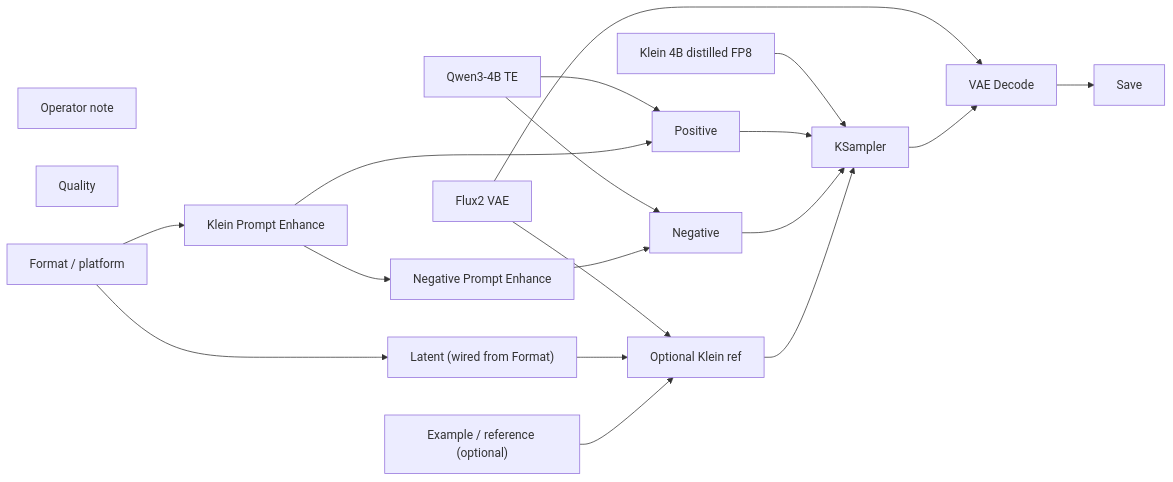
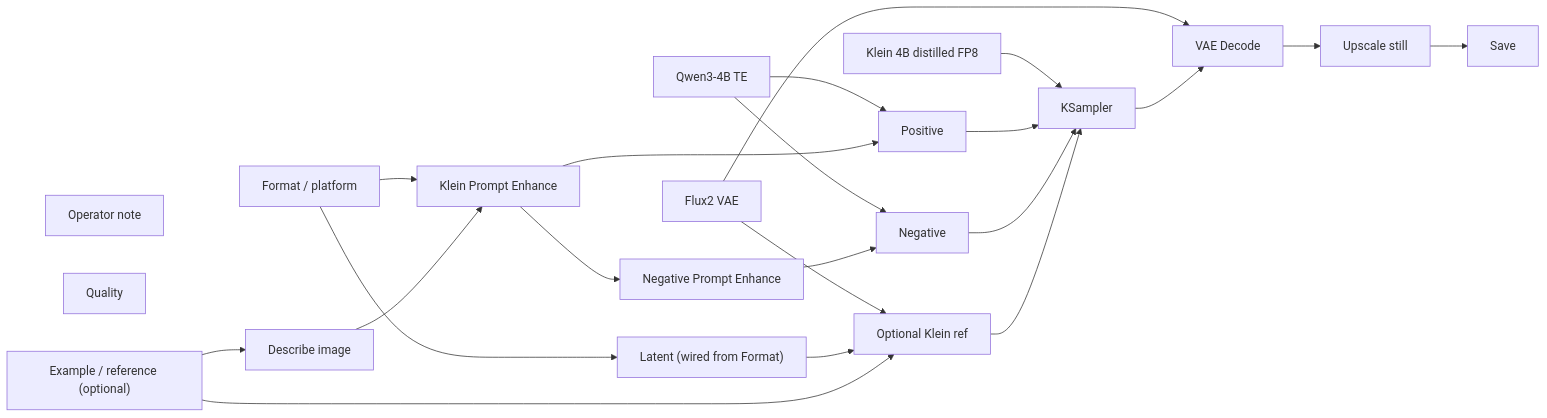
The diagram in docs/generated/workflows/stills/still-draft.md (toxicoder/ez-comfy-stack), drawn with Mermaid before and after one commit. The commit also changed other lines of this file and 405 other files, not shown here.

First line of the commit message:
feat: add still upscale, describe-in-enhance, and background-swap App

````diff
--- a/docs/generated/workflows/stills/still-draft.md
+++ b/docs/generated/workflows/stills/still-draft.md
@@ -56,36 +56,41 @@
 ```mermaid
 flowchart LR
   N1["Klein 4B distilled FP8"]
   N2["Qwen3-4B TE"]
   N3["Flux2 VAE"]
   N4["Positive"]
   N5["Negative"]
   N6["Latent (wired from Format)"]
   N7["KSampler"]
   N8["VAE Decode"]
   N9["Save"]
   N10["Operator note"]
   N11["Klein Prompt Enhance"]
   N12["Negative Prompt Enhance"]
   N13["Quality"]
   N14["Format / platform"]
   N15["Example / reference (optional)"]
   N16["Optional Klein ref"]
+  N17["Upscale still"]
+  N18["Describe image"]
   N1 --> N7
   N2 --> N4
   N2 --> N5
   N3 --> N8
   N3 --> N16
   N4 --> N7
   N5 --> N7
   N6 --> N16
   N7 --> N8
-  N8 --> N9
+  N8 --> N17
   N11 --> N4
   N11 --> N12
   N12 --> N5
   N14 --> N6
   N14 --> N11
   N15 --> N16
+  N15 --> N18
   N16 --> N7
+  N17 --> N9
+  N18 --> N11
 ```
````
